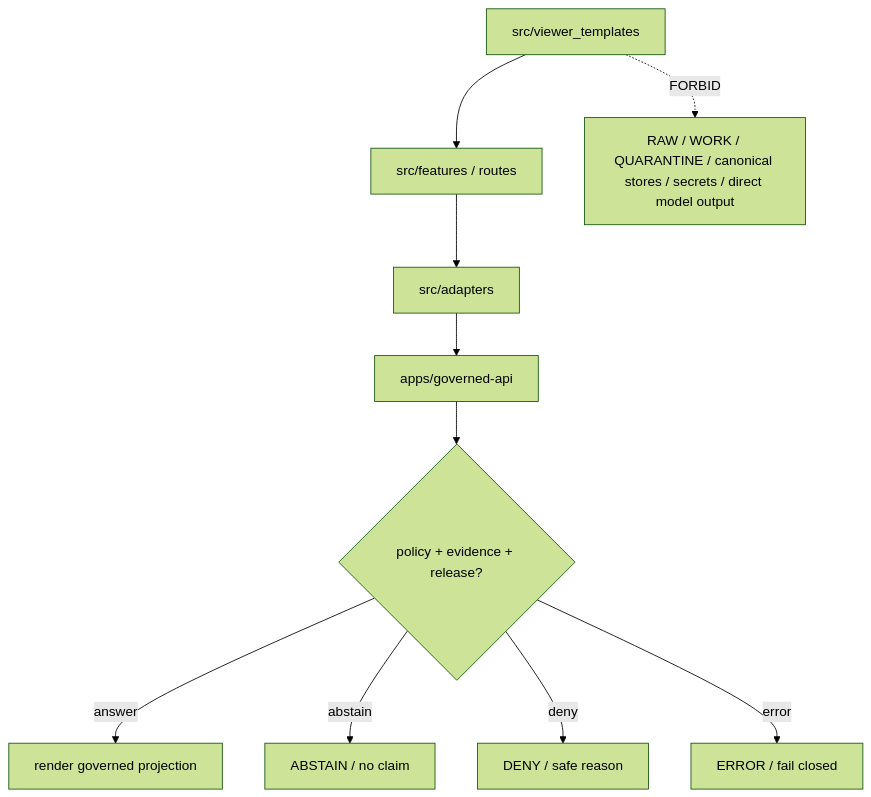
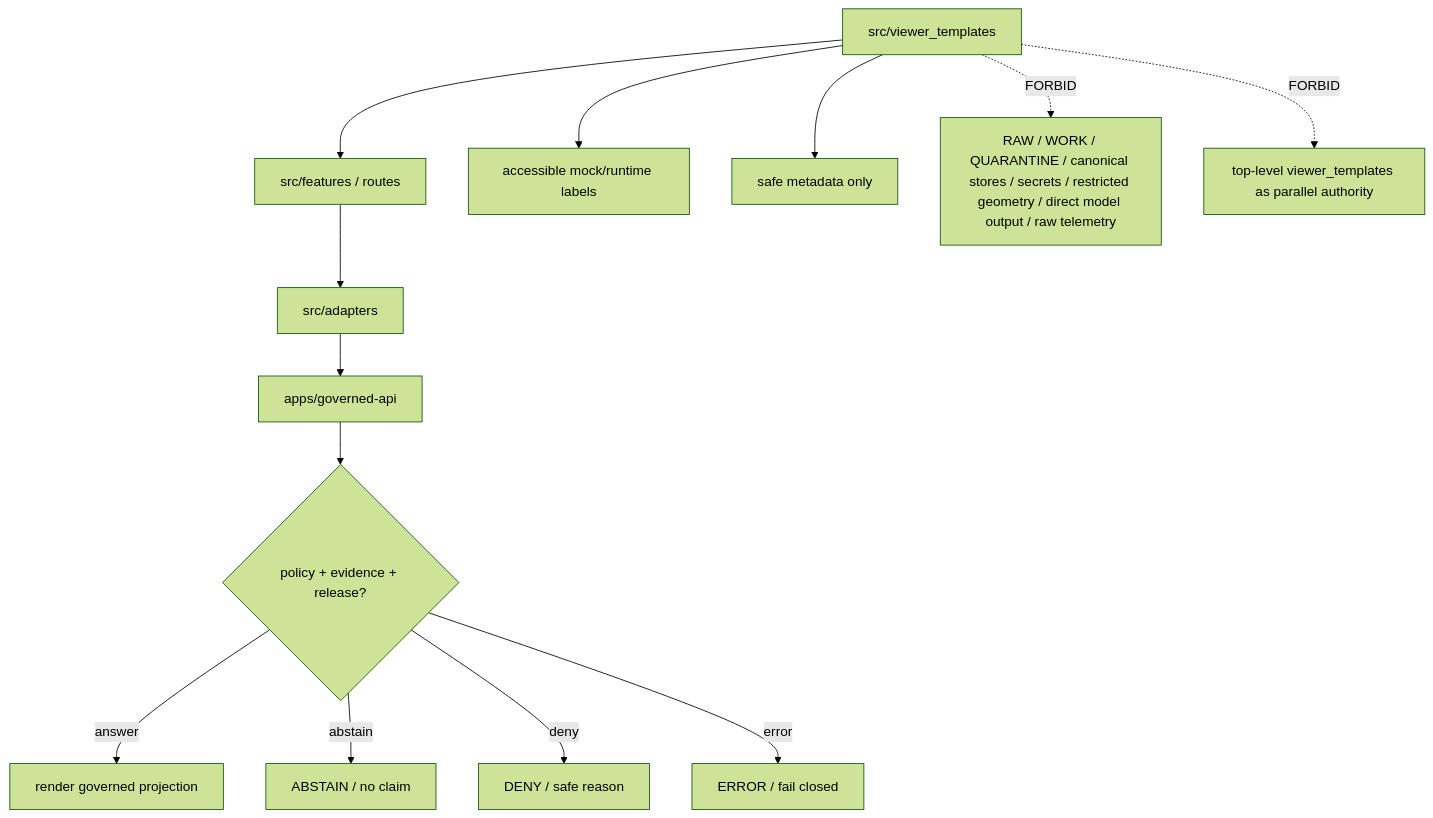
Before and after one commit to bartytime4life/Kansas-Frontier-Matrix: the diagram in apps/explorer-web/src/viewer_templates/README.md, drawn with Mermaid (forest theme). The commit also changed other lines of this file, not shown here.

Commit message:
docs: update explorer viewer templates readme

````diff
--- a/apps/explorer-web/src/viewer_templates/README.md
+++ b/apps/explorer-web/src/viewer_templates/README.md
@@ -216,12 +283,15 @@
 ```mermaid
 flowchart TD
     templates["src/viewer_templates"] --> feature["src/features / routes"]
     feature --> adapters["src/adapters"]
     adapters --> api["apps/governed-api"]
     api --> policy{"policy + evidence + release?"}
     policy -->|answer| render["render governed projection"]
     policy -->|abstain| abstain["ABSTAIN / no claim"]
     policy -->|deny| deny["DENY / safe reason"]
     policy -->|error| error["ERROR / fail closed"]
-    templates -. FORBID .-> raw["RAW / WORK / QUARANTINE / canonical stores / secrets / direct model output"]
+    templates --> a11y["accessible mock/runtime labels"]
+    templates --> telemetry["safe metadata only"]
+    templates -. FORBID .-> raw["RAW / WORK / QUARANTINE / canonical stores / secrets / restricted geometry / direct model output / raw telemetry"]
+    templates -. FORBID .-> compat["top-level viewer_templates as parallel authority"]
 ```
````
